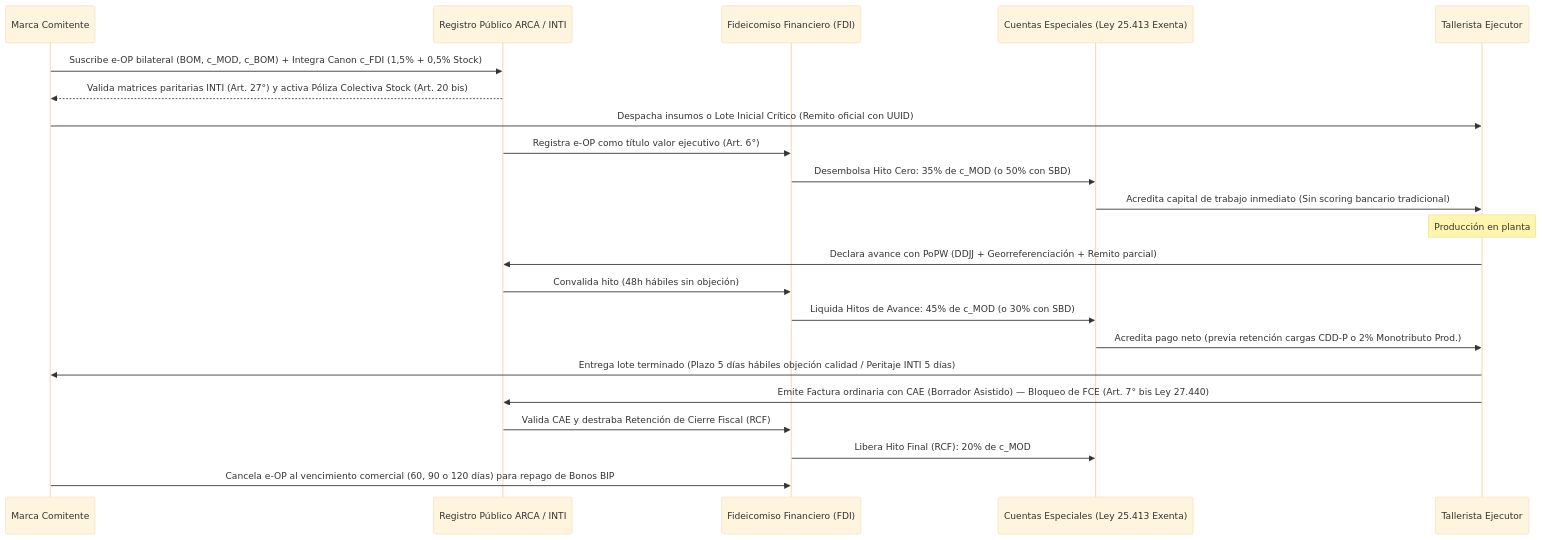
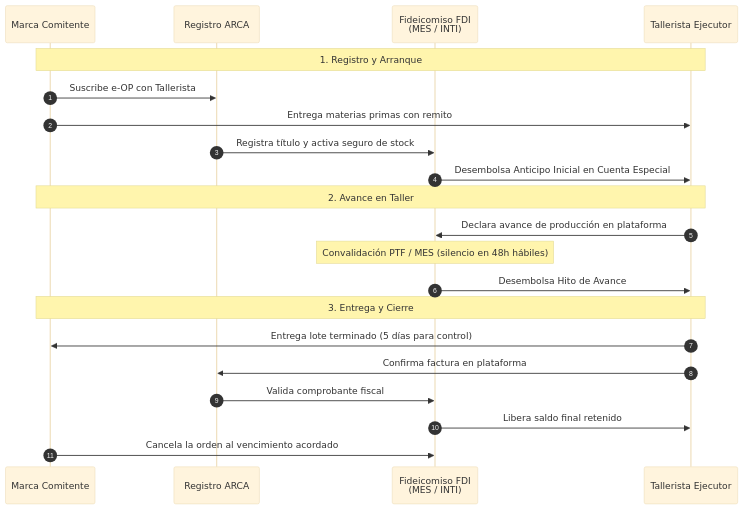
Before and after one commit to sarthouse/indinopy: the second of 2 diagrams in docs/md/dossier_fimca_base.md, drawn with Mermaid (base theme). The commit also changed other lines of this file and 11 other files, not shown here.

````diff
--- a/docs/md/dossier_fimca_base.md
+++ b/docs/md/dossier_fimca_base.md
@@ -108,25 +103,26 @@
 ```mermaid
 sequenceDiagram
+    autonumber
     participant M as Marca Comitente
-    participant ARCA as Registro Público ARCA / INTI
-    participant FDI as Fideicomiso Financiero (FDI)
-    participant B as Cuentas Especiales (Ley 25.413 Exenta)
+    participant R as Registro ARCA
+    participant FDI as Fideicomiso FDI<br/>(MES / INTI)
     participant T as Tallerista Ejecutor
-    
-    M->>ARCA: Suscribe e-OP bilateral (BOM, c_MOD, c_BOM) + Integra Canon c_FDI (1,5% + 0,5% Stock)
-    ARCA-->>M: Valida matrices paritarias INTI (Art. 27°) y activa Póliza Colectiva Stock (Art. 20 bis)
-    M->>T: Despacha insumos o Lote Inicial Crítico (Remito oficial con UUID)
-    ARCA->>FDI: Registra e-OP como título valor ejecutivo (Art. 6°)
-    FDI->>B: Desembolsa Hito Cero: 35% de c_MOD (o 50% con SBD)
-    B->>T: Acredita capital de trabajo inmediato (Sin scoring bancario tradicional)
-    Note over T: Producción en planta
-    T->>ARCA: Declara avance con PoPW (DDJJ + Georreferenciación + Remito parcial)
-    ARCA->>FDI: Convalida hito (48h hábiles sin objeción)
-    FDI->>B: Liquida Hitos de Avance: 45% de c_MOD (o 30% con SBD)
-    B->>T: Acredita pago neto (previa retención cargas CDD-P o 2% Monotributo Prod.)
-    T->>M: Entrega lote terminado (Plazo 5 días hábiles objeción calidad / Peritaje INTI 5 días)
-    T->>ARCA: Emite Factura ordinaria con CAE (Borrador Asistido) — Bloqueo de FCE (Art. 7° bis Ley 27.440)
-    ARCA->>FDI: Valida CAE y destraba Retención de Cierre Fiscal (RCF)
-    FDI->>B: Libera Hito Final (RCF): 20% de c_MOD
-    M->>FDI: Cancela e-OP al vencimiento comercial (60, 90 o 120 días) para repago de Bonos BIP
+
+    Note over M,T: 1. Registro y Arranque
+    M->>R: Suscribe e-OP con Tallerista
+    M->>T: Entrega materias primas con remito
+    R->>FDI: Registra título y activa seguro de stock
+    FDI->>T: Desembolsa Anticipo Inicial en Cuenta Especial
+
+    Note over M,T: 2. Avance en Taller
+    T->>FDI: Declara avance de producción en plataforma
+    Note over FDI: Convalidación PTF / MES (silencio en 48h hábiles)
+    FDI->>T: Desembolsa Hito de Avance
+
+    Note over M,T: 3. Entrega y Cierre
+    T->>M: Entrega lote terminado (5 días para control)
+    T->>R: Confirma factura en plataforma
+    R->>FDI: Valida comprobante fiscal
+    FDI->>T: Libera saldo final retenido
+    M->>FDI: Cancela la orden al vencimiento acordado
 ```
````
